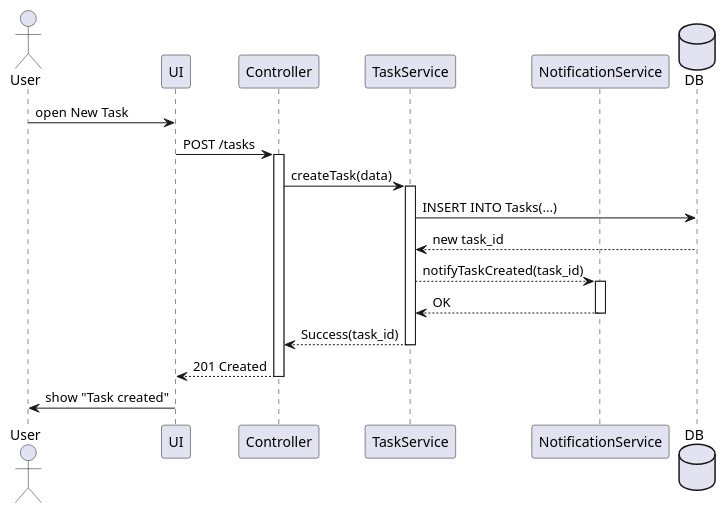
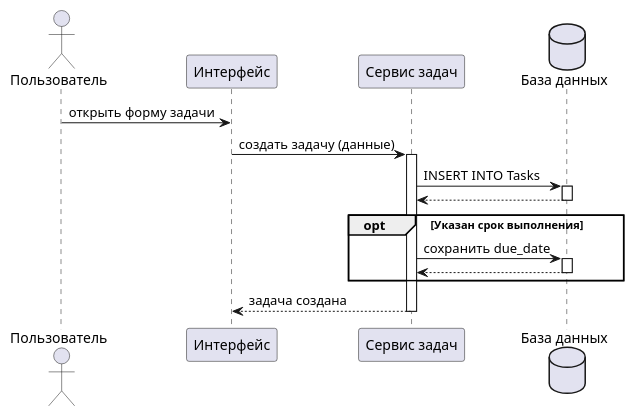
Before and after one commit to darkssss-web/moving-planner: the diagram in docs/behavior/sequence/add_task_sequence.puml, drawn with PlantUML.

```diff
--- a/docs/behavior/sequence/add_task_sequence.puml
+++ b/docs/behavior/sequence/add_task_sequence.puml
@@ -1,34 +1,27 @@
-@startuml AddTaskSequence
+@startuml Добавление_Задачи
 
-actor User
-participant UI
-participant Controller
-participant TaskService
-participant NotificationService
-database DB
+actor "Пользователь" as User
+participant "Интерфейс" as UI
+participant "Сервис задач" as TaskService
+database "База данных" as DB
 
-User -> UI : open New Task
-UI -> Controller : POST /tasks
-activate Controller
-
-Controller -> TaskService : createTask(data)
+User -> UI : открыть форму задачи
+UI -> TaskService : создать задачу (данные)
 activate TaskService
 
-TaskService -> DB : INSERT INTO Tasks(...)
-DB --> TaskService : new task_id
+TaskService -> DB : INSERT INTO Tasks
+activate DB
+DB --> TaskService
+deactivate DB
 
-TaskService --> NotificationService : notifyTaskCreated(task_id)
-activate NotificationService
+opt Указан срок выполнения
+  TaskService -> DB : сохранить due_date
+  activate DB
+  DB --> TaskService
+  deactivate DB
+end
 
-NotificationService --> TaskService : OK
-deactivate NotificationService
-
-TaskService --> Controller : Success(task_id)
+TaskService --> UI : задача создана
 deactivate TaskService
 
-Controller --> UI : 201 Created
-deactivate Controller
-
-UI -> User : show "Task created"
-
 @enduml
```
